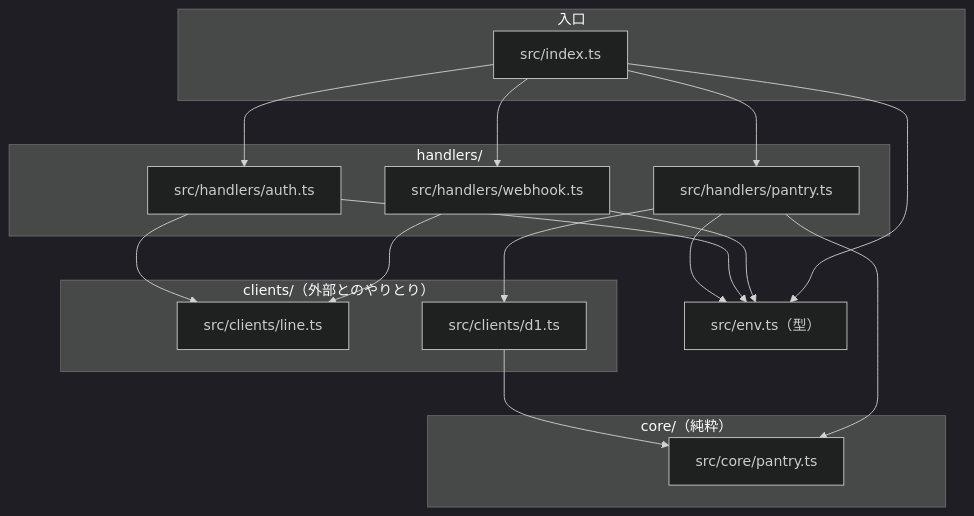
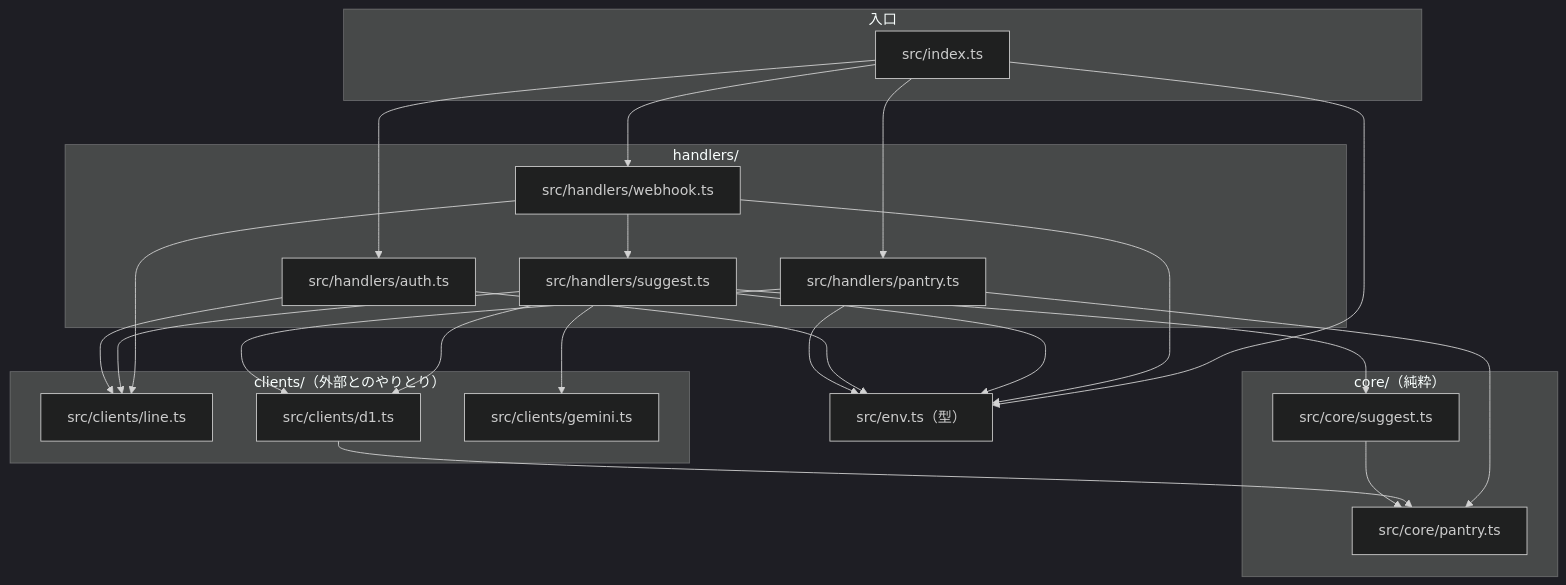
The second of 6 diagrams in docs/design.md (chelfansea-engineer/kondate-bot), drawn with Mermaid (dark theme) before and after one commit. The commit also changed other lines of this file and 2 other files, not shown here.

````diff
--- a/docs/design.md
+++ b/docs/design.md
@@ -52,33 +52,43 @@
 ```mermaid
 %% check:deps
 flowchart TD
   subgraph entry["入口"]
     index["src/index.ts"]
   end
   subgraph handlers["handlers/"]
     webhook["src/handlers/webhook.ts"]
     auth["src/handlers/auth.ts"]
     hpantry["src/handlers/pantry.ts"]
+    hsuggest["src/handlers/suggest.ts"]
   end
   subgraph clients["clients/（外部とのやりとり）"]
     line["src/clients/line.ts"]
     d1["src/clients/d1.ts"]
+    gemini["src/clients/gemini.ts"]
   end
   subgraph core["core/（純粋）"]
     cpantry["src/core/pantry.ts"]
+    csuggest["src/core/suggest.ts"]
   end
   env["src/env.ts（型）"]
 
   index --> webhook
   index --> auth
   index --> hpantry
   index --> env
   webhook --> line
+  webhook --> hsuggest
   webhook --> env
+  hsuggest --> d1
+  hsuggest --> gemini
+  hsuggest --> line
+  hsuggest --> csuggest
+  hsuggest --> env
   auth --> line
   auth --> env
   hpantry --> d1
   hpantry --> cpantry
   hpantry --> env
   d1 --> cpantry
+  csuggest --> cpantry
 ```
````
